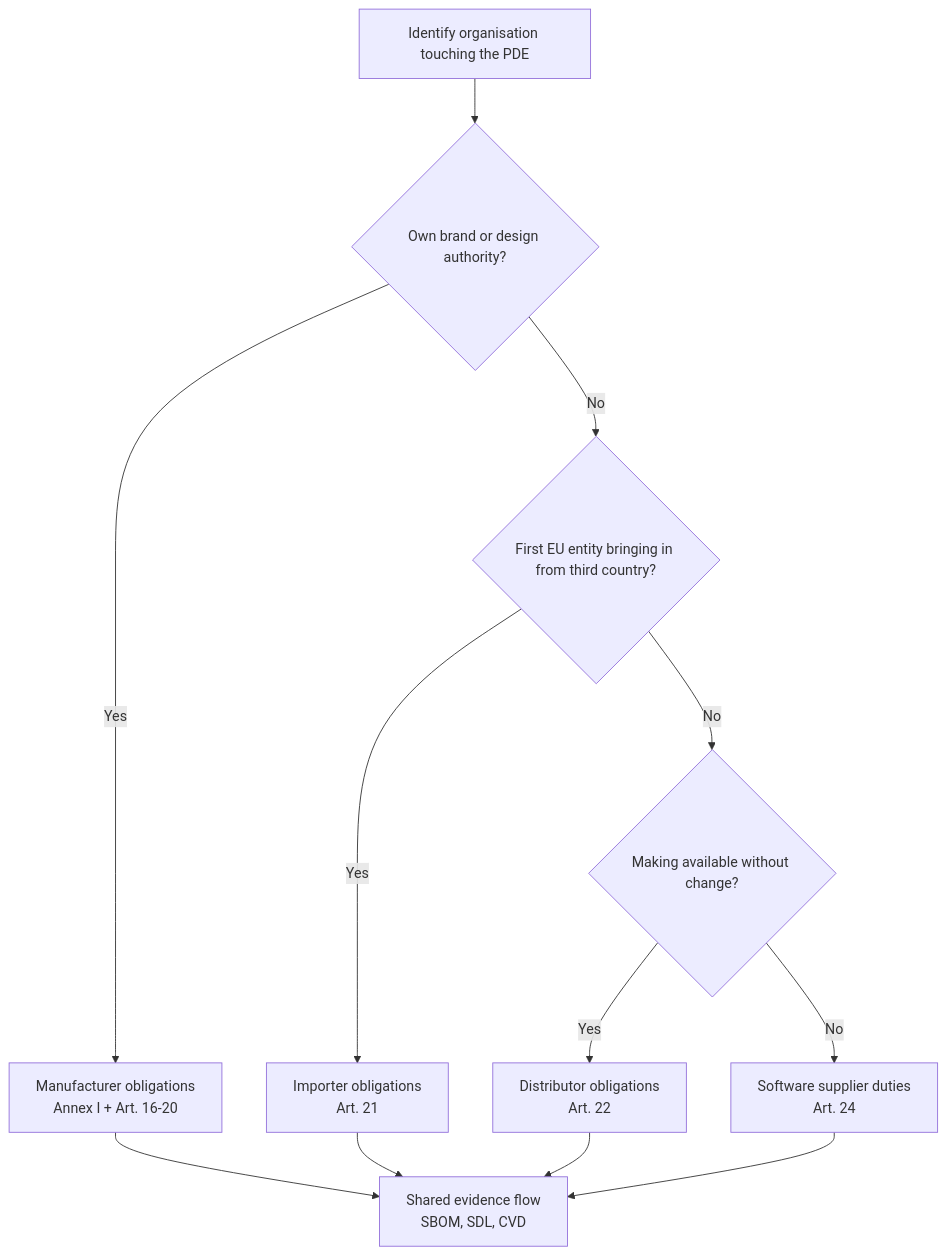
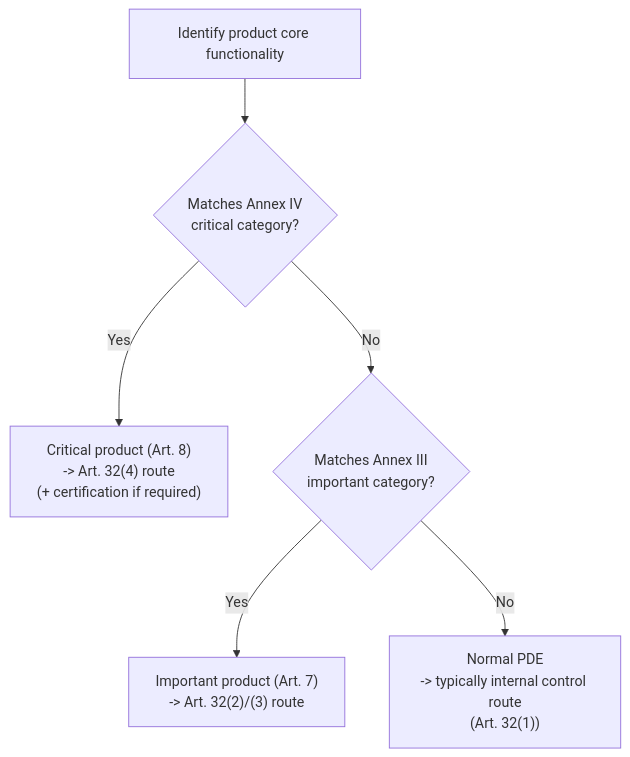
Before and after one commit to Ac6Embedded/apollo-docs: the fourth of 4 diagrams in docs/security/cra/scope-and-definitions.md, drawn with Mermaid. The commit also changed other lines of this file and 140 other files, not shown here.

Commit message:
Prune unused sections and locales; focus navigation on CRA Refine CRA content formatting: diagrams, footnotes, references Update Docusaurus config and dependencies

````diff
--- a/docs/security/cra/scope-and-definitions.md
+++ b/docs/security/cra/scope-and-definitions.md
@@ -53,14 +195,8 @@
 ```mermaid
 flowchart TD
-    Start[Identify organisation touching the PDE] --> A{Own brand or design authority?}
-    A -- Yes --> M[Manufacturer obligations<br/>Annex I + Art. 16-20]
-    A -- No --> B{First EU entity bringing in from third country?}
-    B -- Yes --> I[Importer obligations<br/>Art. 21]
-    B -- No --> C{Making available without change?}
-    C -- Yes --> D[Distributor obligations<br/>Art. 22]
-    C -- No --> S[Software supplier duties<br/>Art. 24]
-    M --> Shared[Shared evidence flow<br/>SBOM, SDL, CVD]
-    I --> Shared
-    D --> Shared
-    S --> Shared
+  A["Identify product core functionality"] --> B{"Matches Annex IV<br/>critical category?"}
+  B -- Yes --> C["Critical product (Art. 8)<br/>-> Art. 32(4) route<br/>(+ certification if required)"]
+  B -- No --> D{"Matches Annex III<br/>important category?"}
+  D -- Yes --> E["Important product (Art. 7)<br/>-> Art. 32(2)/(3) route"]
+  D -- No --> F["Normal PDE<br/>-> typically internal control route<br/>(Art. 32(1))"]
 ```
````
